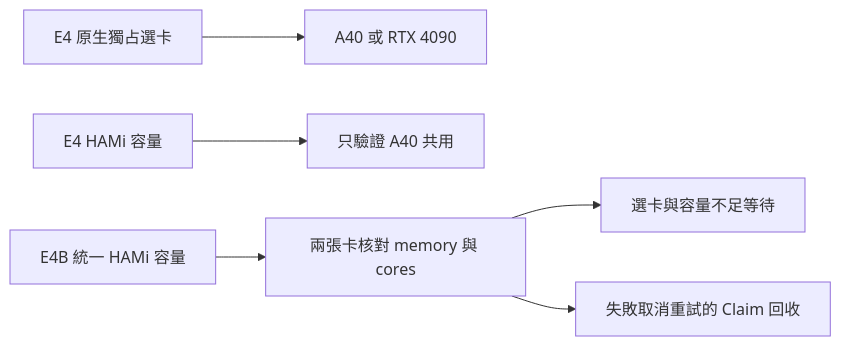
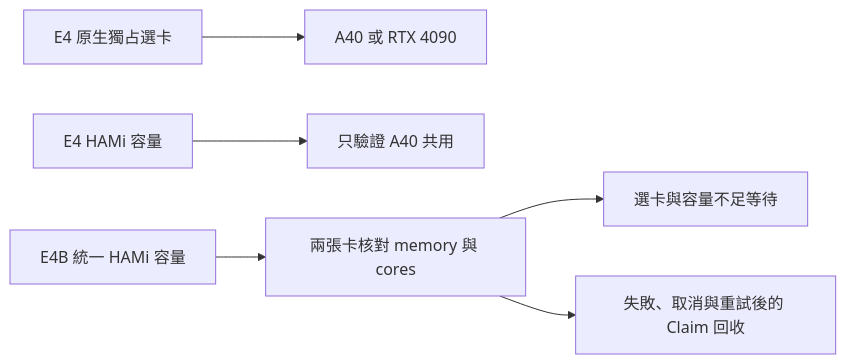
The diagram in book/06-heterogeneous/experiments.md (Daniel77871/dra-gpu-sharing-in-practice), drawn with Mermaid before and after one commit. The commit also changed other lines of this file and 80 other files, not shown here.

````diff
--- a/book/06-heterogeneous/experiments.md
+++ b/book/06-heterogeneous/experiments.md
@@ -11,8 +11,8 @@
 ```mermaid
 flowchart LR
     A["E4 原生獨占選卡"] --> B["A40 或 RTX 4090"]
     C["E4 HAMi 容量"] --> D["只驗證 A40 共用"]
     E["E4B 統一 HAMi 容量"] --> F["兩張卡核對 memory 與 cores"]
     F --> G["選卡與容量不足等待"]
-    F --> H["失敗取消重試的 Claim 回收"]
+    F --> H["失敗、取消與重試後的 Claim 回收"]
 ```
````
